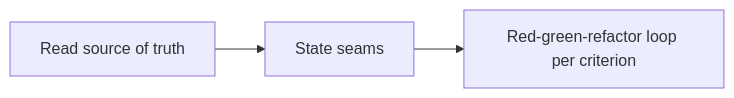
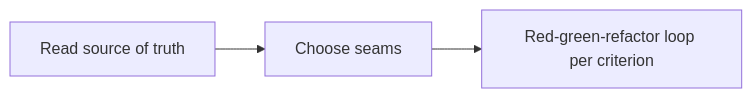
The diagram in skills/engineering/test-driven/README.md (adeonir/agent-skills), drawn with Mermaid before and after one commit. The commit also changed other lines of this file and 1 other file, not shown here.

Commit message:
feat(test-driven): choose seams from the existing tests instead of waiting for confirmation

````diff
--- a/skills/engineering/test-driven/README.md
+++ b/skills/engineering/test-driven/README.md
@@ -7,5 +7,5 @@
 ```mermaid
 flowchart LR
-    A[Read source of truth] --> B[State seams]
+    A[Read source of truth] --> B[Choose seams]
     B --> C[Red-green-refactor loop per criterion]
 ```
````
